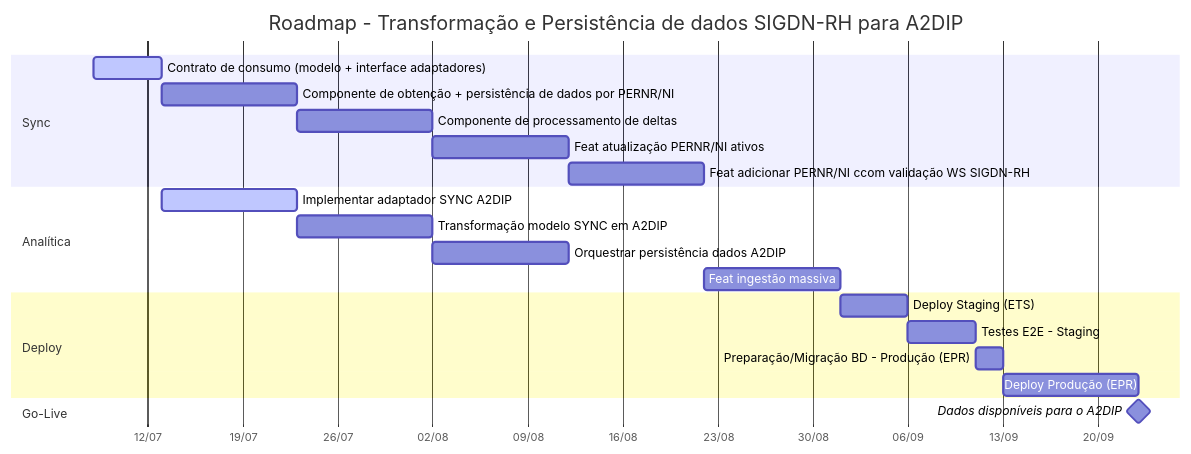
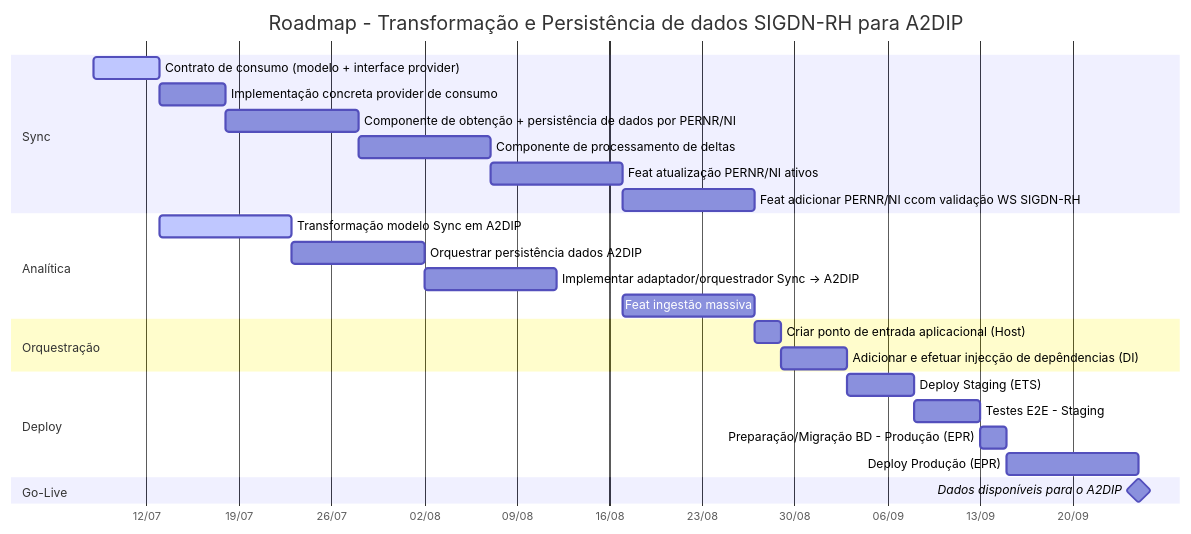
One commit to Raimundo82/pessoas-integracao changed the diagram in README.md. Above: the diagram before and after it, drawn with Mermaid.

Commit message:
chore: update gantt chart

````diff
--- a/README.md
+++ b/README.md
@@ -22,30 +22,35 @@
 ```mermaid
 
 gantt
     title Roadmap - Transformação e Persistência de dados SIGDN-RH para A2DIP
     dateFormat  YYYY-MM-DD
     axisFormat  %d/%m
     todayMarker on
 
     section Sync
-    Contrato de consumo (modelo + interface adaptadores)        :active,  s3, 2026-07-08, 5d
-    Componente de obtenção + persistência de dados por PERNR/NI :         s4, after s3, 10d
-    Componente de processamento de deltas                       :         s5, after s4, 10d
-    Feat atualização PERNR/NI ativos                            :         s6, after s5, 10d
-    Feat adicionar PERNR/NI ccom validação WS SIGDN-RH          :         s7, after s6, 10d
+    Contrato de consumo (modelo + interface provider)           :active,  s3, 2026-07-08, 5d
+    Implementação concreta provider de consumo                  :         s4, after s3, 5d 
+    Componente de obtenção + persistência de dados por PERNR/NI :         s5, after s4, 10d
+    Componente de processamento de deltas                       :         s6, after s5, 10d
+    Feat atualização PERNR/NI ativos                            :         s7, after s6, 10d
+    Feat adicionar PERNR/NI ccom validação WS SIGDN-RH          :         s8, after s7, 10d
 
     section Analítica
-    Implementar adaptador SYNC A2DIP                            :active,  an3, after s3, 10d
-    Transformação modelo SYNC em A2DIP                          :         an4, after an3, 10d
-    Orquestrar persistência dados A2DIP                         :         an5, after an4, 10d
-    Feat ingestão massiva                                       :         an6, after an5 s7, 10d  
+    Transformação modelo Sync em A2DIP                          :active,  an3, after s3, 10d
+    Orquestrar persistência dados A2DIP                         :         an4, after an3, 10d
+    Implementar adaptador/orquestrador Sync -> A2DIP            :         an5, after an4, 10d                                 
+    Feat ingestão massiva                                       :         an6, after an5 s7, 10d
+
+    section Orquestração
+    Criar ponto de entrada aplicacional (Host)                  :         o1, after an6 s8, 2d
+    Adicionar e efetuar injecção de depêndencias (DI)           :         o2, after o1, 5d
 
     section Deploy
-    Deploy Staging (ETS)                                        :         dep1, after an6, 5d
+    Deploy Staging (ETS)                                        :         dep1, after o2, 5d
     Testes E2E - Staging                                        :         e2e1, after dep1, 5d
     Preparação/Migração BD - Produção (EPR)                     :         mig, after e2e1, 2d
     Deploy Produção (EPR)                                       :         dep2, after mig, 10d
 
    section Go-Live
    Dados disponíveis para o A2DIP                              :milestone, m1, after dep2, 0d
 ```
````
